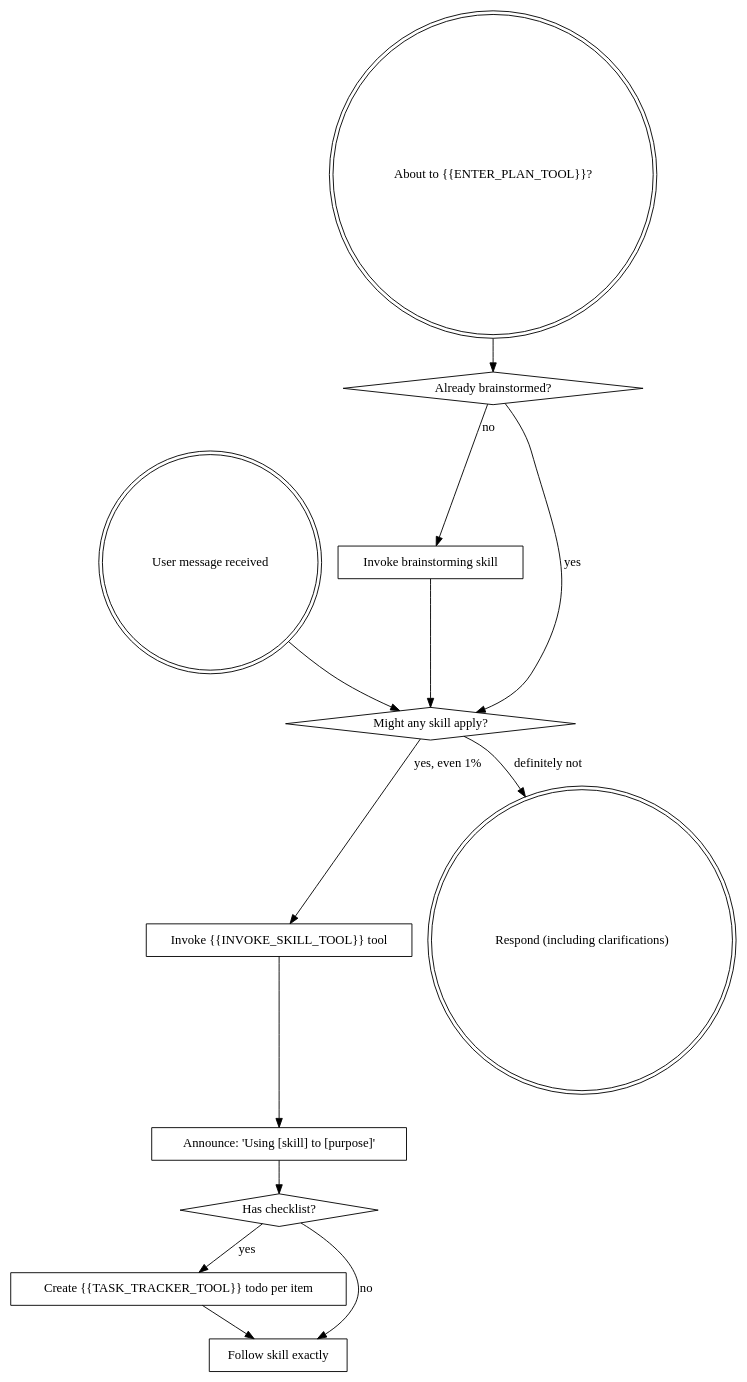
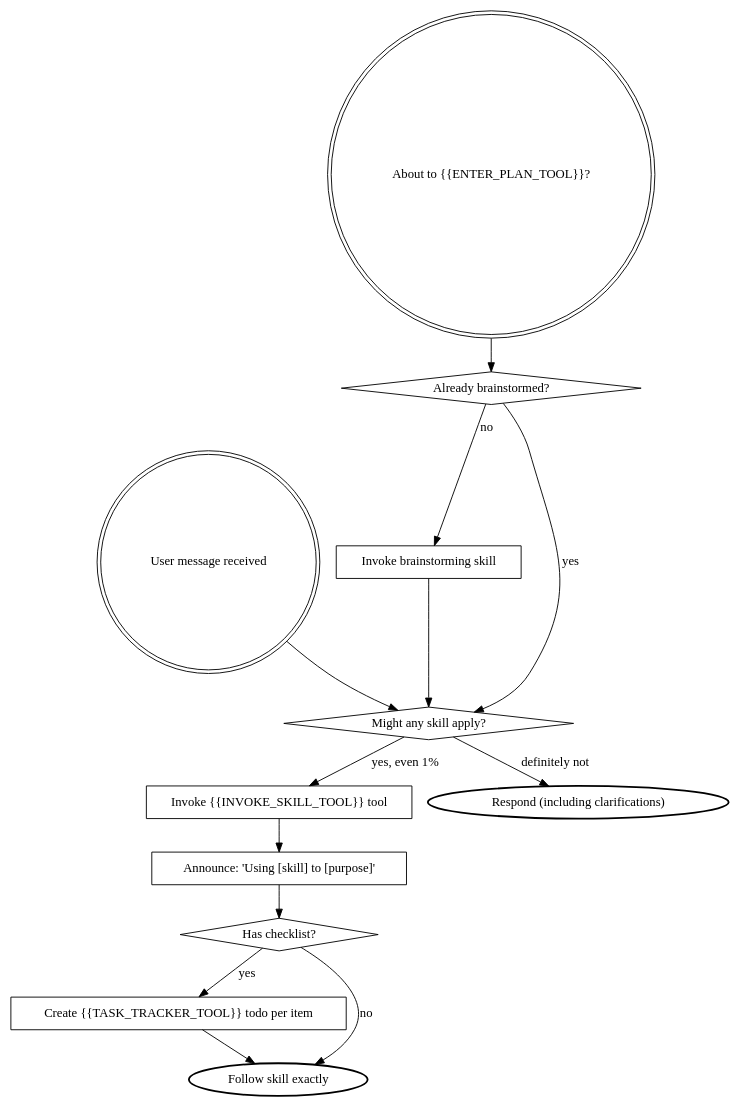
Before and after one commit to philipobenito/dot: the diagram in ai/skills/using-skills/SKILL.md, drawn with Graphviz. The commit also changed 11 other files, not shown here.

````diff
--- a/ai/skills/using-skills/SKILL.md
+++ b/ai/skills/using-skills/SKILL.md
@@ -40,29 +40,29 @@
 ```dot
 digraph skill_flow {
     "User message received" [shape=doublecircle];
     "About to {{ENTER_PLAN_TOOL}}?" [shape=doublecircle];
     "Already brainstormed?" [shape=diamond];
     "Invoke brainstorming skill" [shape=box];
     "Might any skill apply?" [shape=diamond];
     "Invoke {{INVOKE_SKILL_TOOL}} tool" [shape=box];
     "Announce: 'Using [skill] to [purpose]'" [shape=box];
     "Has checklist?" [shape=diamond];
     "Create {{TASK_TRACKER_TOOL}} todo per item" [shape=box];
-    "Follow skill exactly" [shape=box];
-    "Respond (including clarifications)" [shape=doublecircle];
+    "Follow skill exactly" [style=bold];
+    "Respond (including clarifications)" [style=bold];
 
     "About to {{ENTER_PLAN_TOOL}}?" -> "Already brainstormed?";
     "Already brainstormed?" -> "Invoke brainstorming skill" [label="no"];
     "Already brainstormed?" -> "Might any skill apply?" [label="yes"];
     "Invoke brainstorming skill" -> "Might any skill apply?";
 
     "User message received" -> "Might any skill apply?";
     "Might any skill apply?" -> "Invoke {{INVOKE_SKILL_TOOL}} tool" [label="yes, even 1%"];
     "Might any skill apply?" -> "Respond (including clarifications)" [label="definitely not"];
     "Invoke {{INVOKE_SKILL_TOOL}} tool" -> "Announce: 'Using [skill] to [purpose]'";
     "Announce: 'Using [skill] to [purpose]'" -> "Has checklist?";
     "Has checklist?" -> "Create {{TASK_TRACKER_TOOL}} todo per item" [label="yes"];
     "Has checklist?" -> "Follow skill exactly" [label="no"];
     "Create {{TASK_TRACKER_TOOL}} todo per item" -> "Follow skill exactly";
 }
 ```
````
